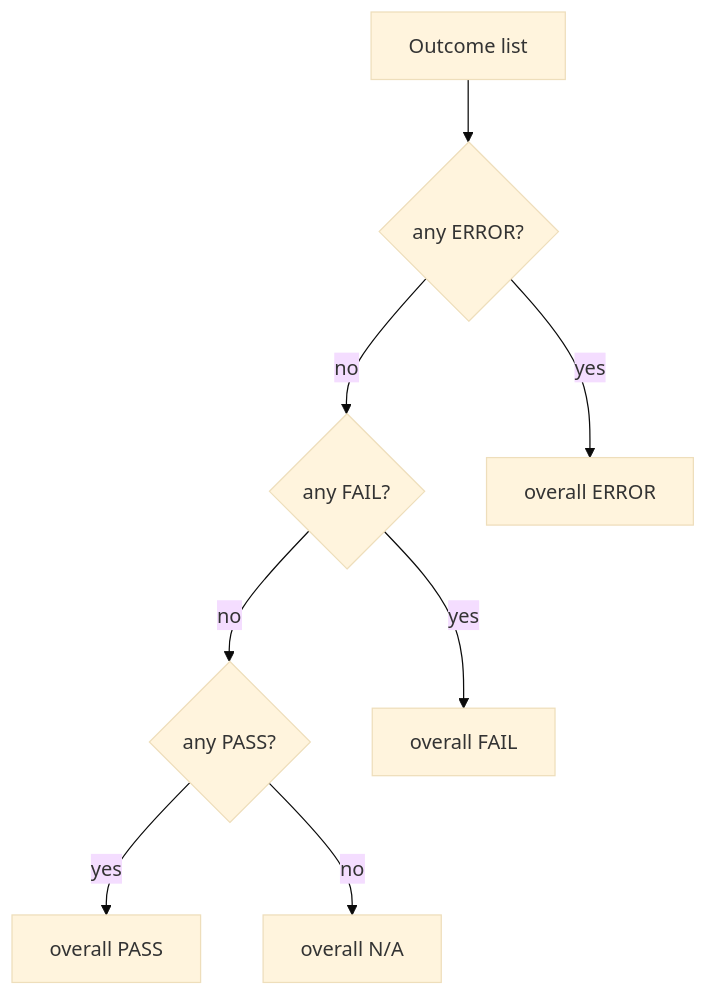
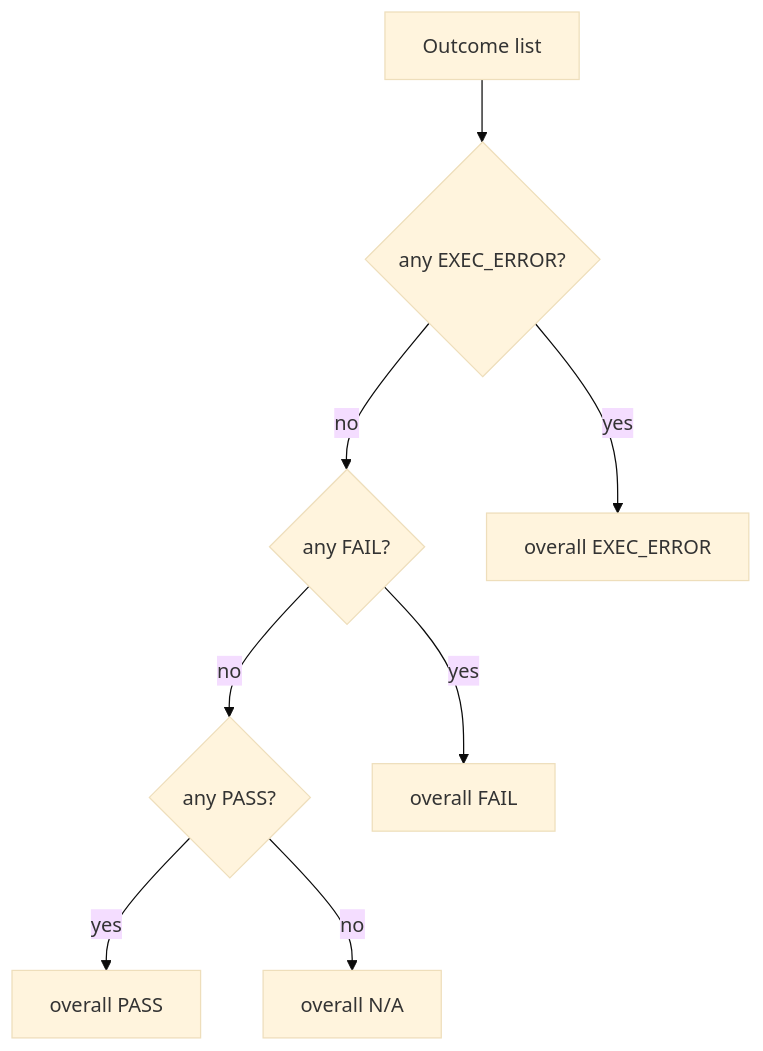
Before and after one commit to qpointz/objs: the third of 4 diagrams in docs/design/policy/results.md, drawn with Mermaid (base theme). The commit also changed other lines of this file and 5 other files, not shown here.

````diff
--- a/docs/design/policy/results.md
+++ b/docs/design/policy/results.md
@@ -93,18 +94,18 @@
 ```mermaid
 flowchart TD
   list[Outcome list]
-  hasE{any ERROR?}
+  hasE{any EXEC_ERROR?}
   hasF{any FAIL?}
   hasP{any PASS?}
-  OE[overall ERROR]
+  OE[overall EXEC_ERROR]
   OF[overall FAIL]
   OP[overall PASS]
   ON[overall N/A]
   list --> hasE
   hasE -->|yes| OE
   hasE -->|no| hasF
   hasF -->|yes| OF
   hasF -->|no| hasP
   hasP -->|yes| OP
   hasP -->|no| ON
 ```
````
